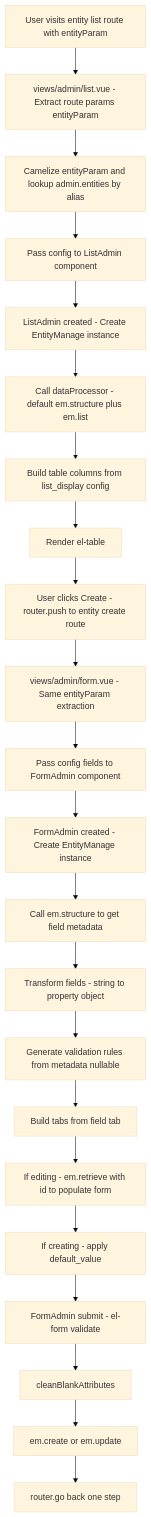
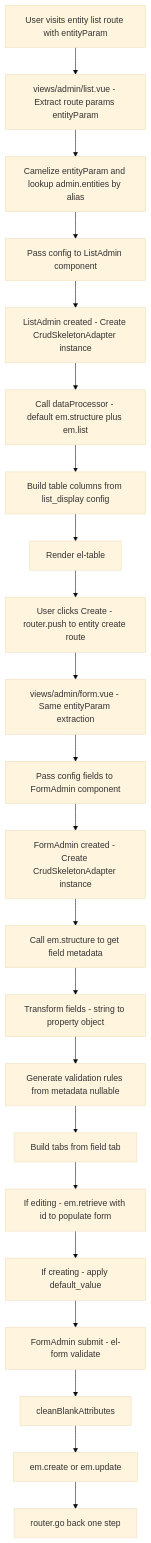
One commit to immane/crud-admin changed the second of 2 diagrams in docs/design/easyadmin-design.md. Above: the diagram before and after it, drawn with Mermaid (base theme). The commit also changed other lines of this file and 63 other files, not shown here.

First line of the commit message:
chore(EasyAdmin): finish adapter migration compatibility cleanup

````diff
--- a/docs/design/easyadmin-design.md
+++ b/docs/design/easyadmin-design.md
@@ -69,26 +69,26 @@
 ```mermaid
 flowchart TD
     A["User visits entity list route with entityParam"]
     B["views/admin/list.vue - Extract route params entityParam"]
     C["Camelize entityParam and lookup admin.entities by alias"]
     D["Pass config to ListAdmin component"]
-    E["ListAdmin created - Create EntityManage instance"]
+    E["ListAdmin created - Create CrudSkeletonAdapter instance"]
     F["Call dataProcessor - default em.structure plus em.list"]
     G["Build table columns from list_display config"]
     H["Render el-table"]
     I["User clicks Create - router.push to entity create route"]
     J["views/admin/form.vue - Same entityParam extraction"]
     K["Pass config fields to FormAdmin component"]
-    L["FormAdmin created - Create EntityManage instance"]
+    L["FormAdmin created - Create CrudSkeletonAdapter instance"]
     M["Call em.structure to get field metadata"]
     N["Transform fields - string to property object"]
     O["Generate validation rules from metadata nullable"]
     P["Build tabs from field tab"]
     Q["If editing - em.retrieve with id to populate form"]
     R["If creating - apply default_value"]
     S["FormAdmin submit - el-form validate"]
     T["cleanBlankAttributes"]
     U["em.create or em.update"]
     V["router.go back one step"]
     A --> B --> C --> D --> E --> F --> G --> H --> I --> J --> K --> L --> M --> N --> O --> P --> Q --> R --> S --> T --> U --> V
 ```
````
